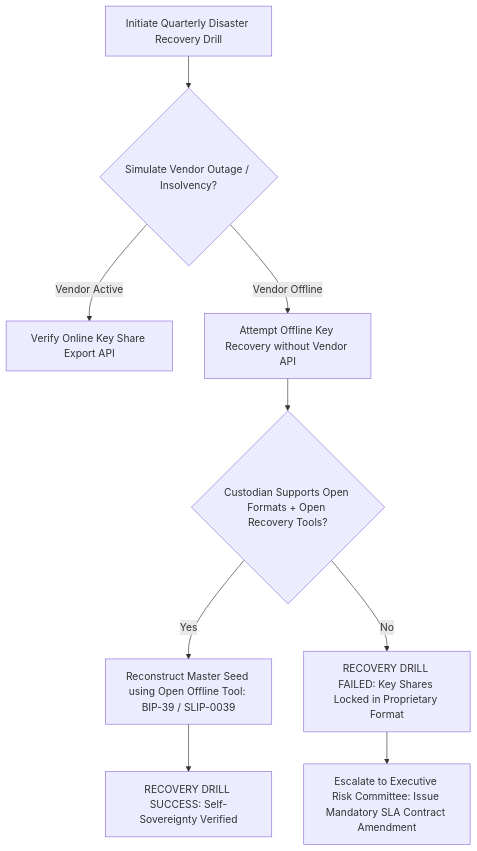
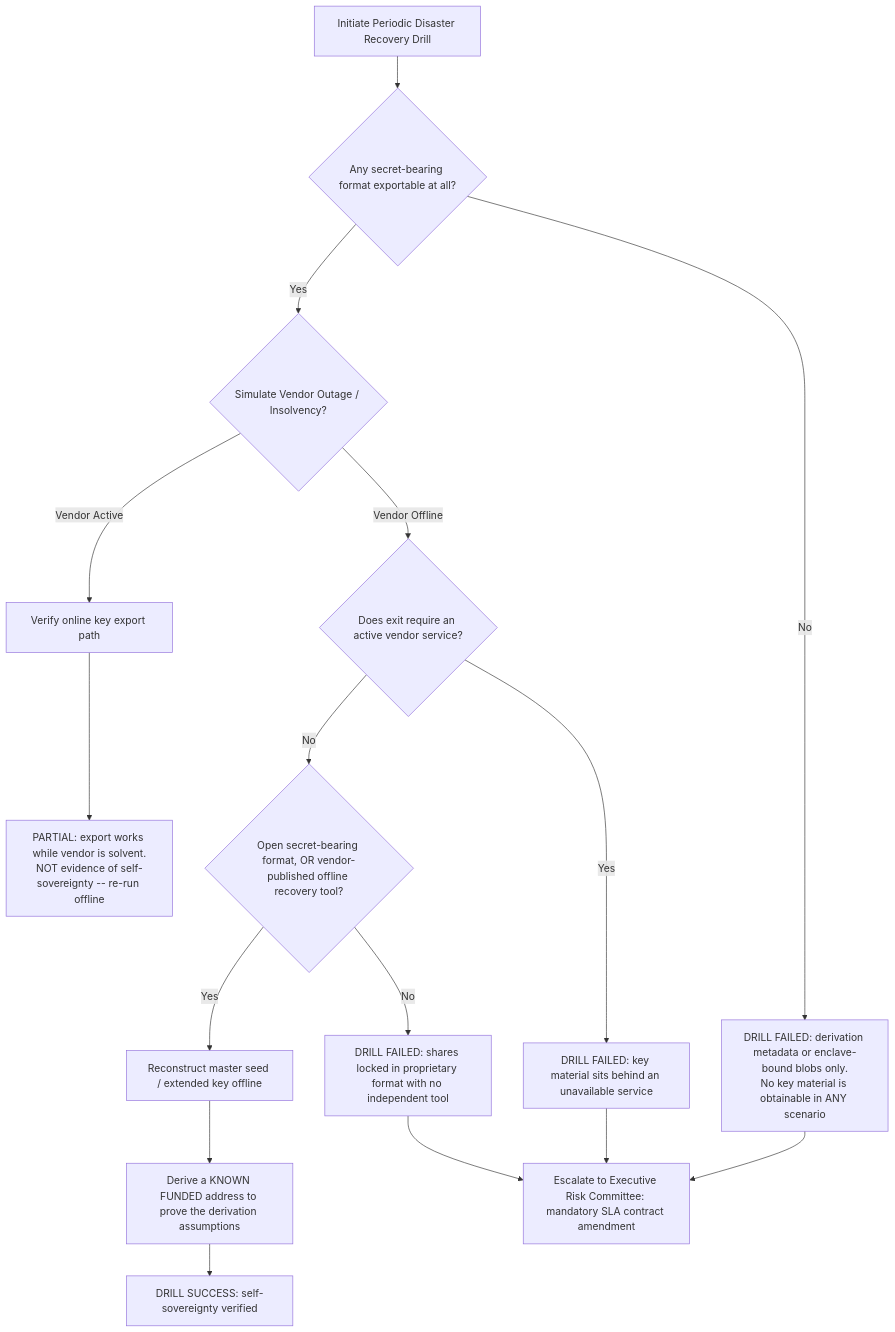
The second of 2 diagrams in skills/vendor-lock-in-risk-for-proprietary-custody-formats/references/workflows.md (HimanshuJ16/Algo-Trading-Skills), drawn with Mermaid before and after one commit. The commit also changed other lines of this file and 443 other files, not shown here.

````diff
--- a/skills/vendor-lock-in-risk-for-proprietary-custody-formats/references/workflows.md
+++ b/skills/vendor-lock-in-risk-for-proprietary-custody-formats/references/workflows.md
@@ -26,15 +40,24 @@
 ```mermaid
 flowchart TD
-    A[Initiate Quarterly Disaster Recovery Drill] --> B{Simulate Vendor Outage / Insolvency?}
-    
-    B -- Vendor Active --> C[Verify Online Key Share Export API]
-    B -- Vendor Offline --> D[Attempt Offline Key Recovery without Vendor API]
-    
-    D --> E{Custodian Supports Open Formats + Open Recovery Tools?}
-    
-    E -- Yes --> F[Reconstruct Master Seed using Open Offline Tool: BIP-39 / SLIP-0039]
-    F --> G[RECOVERY DRILL SUCCESS: Self-Sovereignty Verified]
-    
-    E -- No --> H[RECOVERY DRILL FAILED: Key Shares Locked in Proprietary Format]
-    H --> I[Escalate to Executive Risk Committee: Issue Mandatory SLA Contract Amendment]
+    A[Initiate Periodic Disaster Recovery Drill] --> B{Any secret-bearing format exportable at all?}
+
+    B -- No --> Z[DRILL FAILED: derivation metadata or enclave-bound blobs only.<br/>No key material is obtainable in ANY scenario]
+
+    B -- Yes --> C{Simulate Vendor Outage / Insolvency?}
+
+    C -- Vendor Active --> D[Verify online key export path]
+    D --> E[PARTIAL: export works while vendor is solvent.<br/>NOT evidence of self-sovereignty -- re-run offline]
+
+    C -- Vendor Offline --> F{Does exit require an active vendor service?}
+    F -- Yes --> G[DRILL FAILED: key material sits behind an unavailable service]
+
+    F -- No --> H{Open secret-bearing format, OR vendor-published offline recovery tool?}
+    H -- Yes --> I[Reconstruct master seed / extended key offline]
+    I --> J[Derive a KNOWN FUNDED address to prove the derivation assumptions]
+    J --> K[DRILL SUCCESS: self-sovereignty verified]
+
+    H -- No --> L[DRILL FAILED: shares locked in proprietary format with no independent tool]
+    L --> M[Escalate to Executive Risk Committee: mandatory SLA contract amendment]
+    G --> M
+    Z --> M
 ```
````
